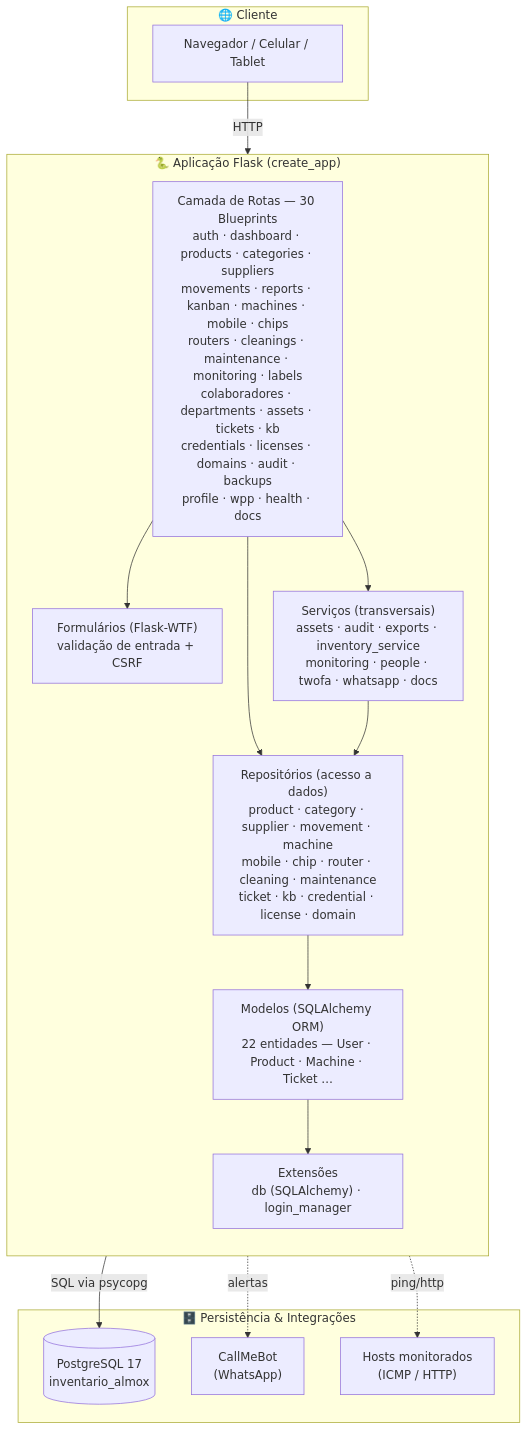
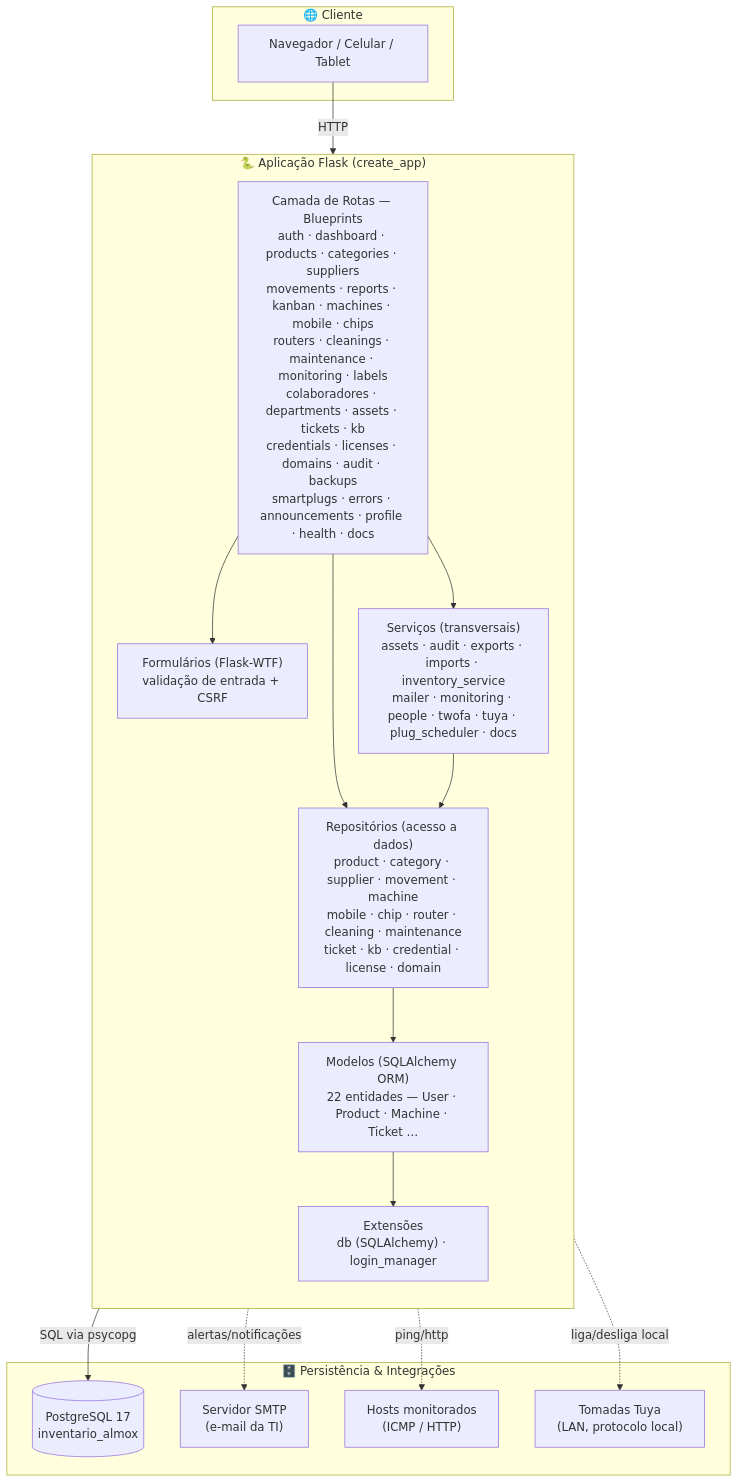
One commit to nerdGG094/InvenSync changed the second of 23 diagrams in docs/DOCUMENTACAO.md. Above: the diagram before and after it, drawn with Mermaid. The commit also changed other lines of this file and 1 other file, not shown here.

First line of the commit message:
docs: remove CallMeBot/WhatsApp e atualiza para o estado atual

````diff
--- a/docs/DOCUMENTACAO.md
+++ b/docs/DOCUMENTACAO.md
@@ -103,33 +105,35 @@
 ```mermaid
 flowchart TB
     subgraph CLIENT["🌐 Cliente"]
         BROWSER["Navegador / Celular / Tablet"]
     end
 
     subgraph APP["🐍 Aplicação Flask (create_app)"]
         direction TB
-        ROUTES["Camada de Rotas — 30 Blueprints<br/>auth · dashboard · products · categories · suppliers<br/>movements · reports · kanban · machines · mobile · chips<br/>routers · cleanings · maintenance · monitoring · labels<br/>colaboradores · departments · assets · tickets · kb<br/>credentials · licenses · domains · audit · backups<br/>profile · wpp · health · docs"]
+        ROUTES["Camada de Rotas — Blueprints<br/>auth · dashboard · products · categories · suppliers<br/>movements · reports · kanban · machines · mobile · chips<br/>routers · cleanings · maintenance · monitoring · labels<br/>colaboradores · departments · assets · tickets · kb<br/>credentials · licenses · domains · audit · backups<br/>smartplugs · errors · announcements · profile · health · docs"]
         FORMS["Formulários (Flask-WTF)<br/>validação de entrada + CSRF"]
-        SERVICES["Serviços (transversais)<br/>assets · audit · exports · inventory_service<br/>monitoring · people · twofa · whatsapp · docs"]
+        SERVICES["Serviços (transversais)<br/>assets · audit · exports · imports · inventory_service<br/>mailer · monitoring · people · twofa · tuya · plug_scheduler · docs"]
         REPOS["Repositórios (acesso a dados)<br/>product · category · supplier · movement · machine<br/>mobile · chip · router · cleaning · maintenance<br/>ticket · kb · credential · license · domain"]
         MODELS["Modelos (SQLAlchemy ORM)<br/>22 entidades — User · Product · Machine · Ticket …"]
         EXT["Extensões<br/>db (SQLAlchemy) · login_manager"]
     end
 
     subgraph DATA["🗄️ Persistência & Integrações"]
         PG[("PostgreSQL 17<br/>inventario_almox")]
-        WPP["CallMeBot<br/>(WhatsApp)"]
+        SMTP["Servidor SMTP<br/>(e-mail da TI)"]
         NET["Hosts monitorados<br/>(ICMP / HTTP)"]
+        PLUGS["Tomadas Tuya<br/>(LAN, protocolo local)"]
     end
 
     BROWSER -->|HTTP| ROUTES
     ROUTES --> FORMS
     ROUTES --> SERVICES
     ROUTES --> REPOS
     SERVICES --> REPOS
     REPOS --> MODELS
     MODELS --> EXT
     EXT -->|SQL via psycopg| PG
-    SERVICES -.->|alertas| WPP
+    SERVICES -.->|alertas/notificações| SMTP
     SERVICES -.->|ping/http| NET
+    SERVICES -.->|liga/desliga local| PLUGS
 ```
````
